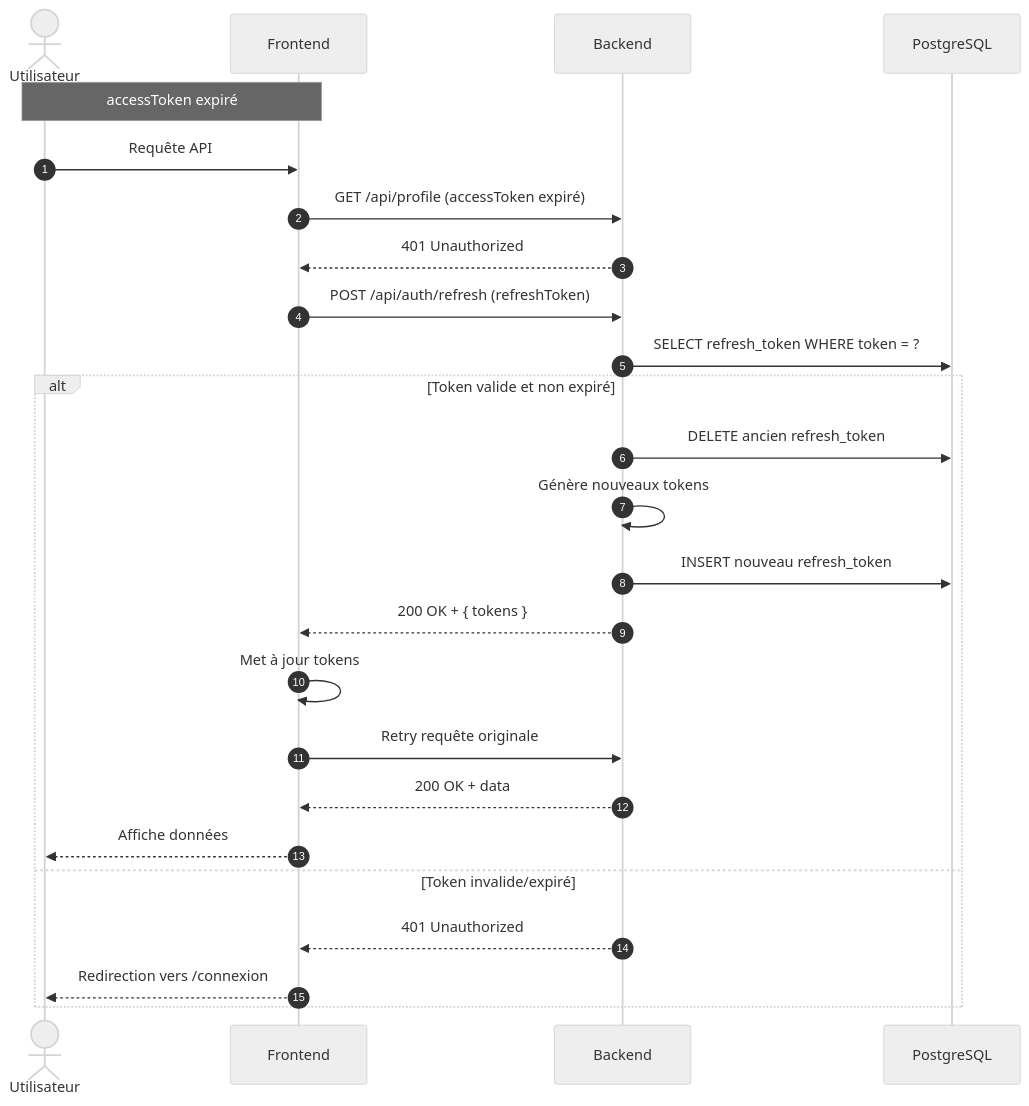
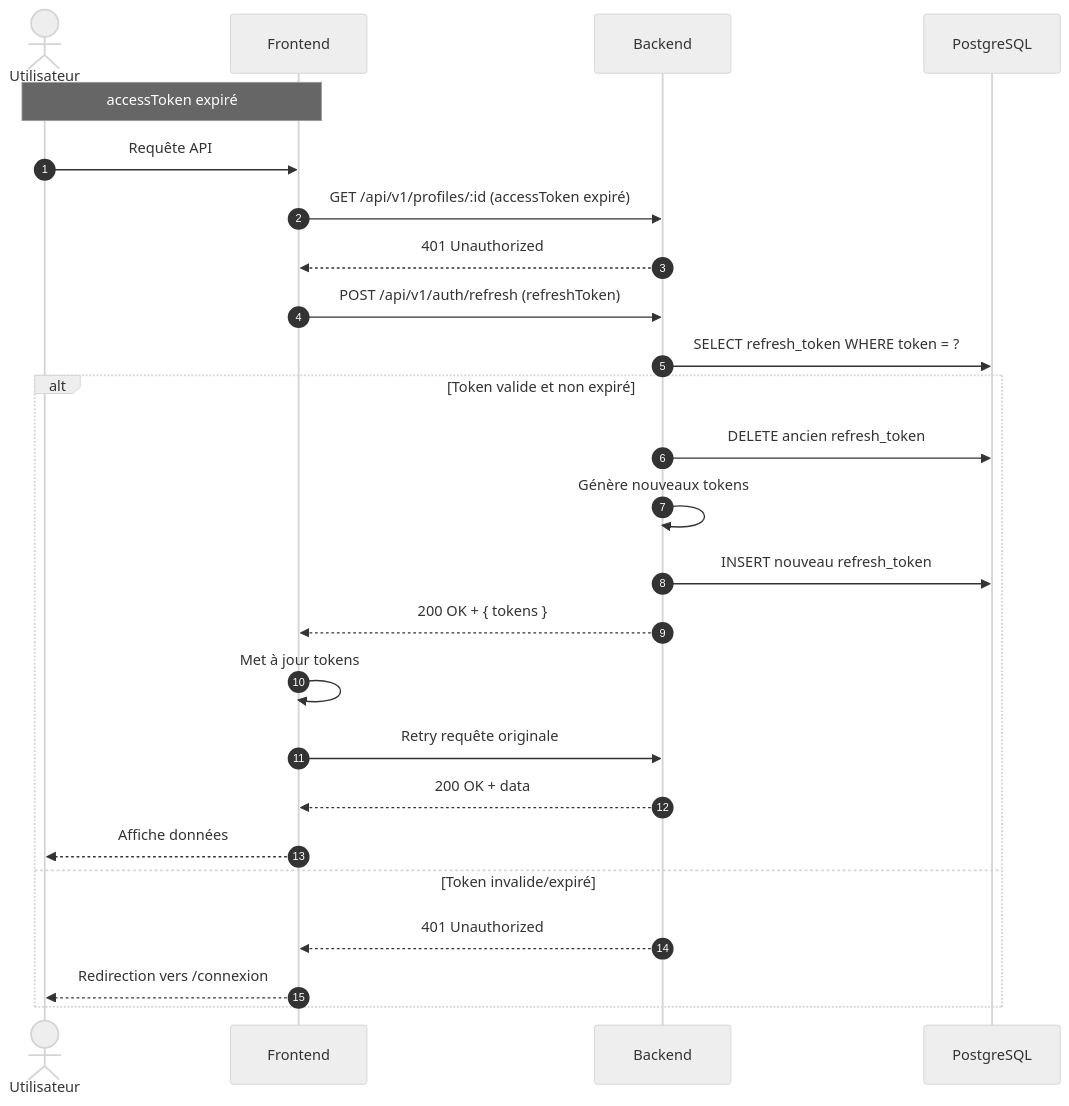
Before and after one commit to Sojeremy/documentation-skillswap: the third of 4 diagrams in docs/documentation-implementation/arc42/06-runtime/authentication.md, drawn with Mermaid (neutral theme). The commit also changed other lines of this file and 5 other files, not shown here.

First line of the commit message:
docs(arc42): aligner les Mermaid sur le préfixe /api/v1/ et le chemin /profiles (axe 3 / commit 1)

````diff
--- a/docs/documentation-implementation/arc42/06-runtime/authentication.md
+++ b/docs/documentation-implementation/arc42/06-runtime/authentication.md
@@ -86,29 +86,29 @@
 ```mermaid
 sequenceDiagram
     autonumber
     actor U as Utilisateur
     participant F as Frontend
     participant B as Backend
     participant DB as PostgreSQL
 
     Note over U,F: accessToken expiré
 
     U->>F: Requête API
-    F->>B: GET /api/profile (accessToken expiré)
+    F->>B: GET /api/v1/profiles/:id (accessToken expiré)
     B-->>F: 401 Unauthorized
-    F->>B: POST /api/auth/refresh (refreshToken)
+    F->>B: POST /api/v1/auth/refresh (refreshToken)
     B->>DB: SELECT refresh_token WHERE token = ?
     alt Token valide et non expiré
         B->>DB: DELETE ancien refresh_token
         B->>B: Génère nouveaux tokens
         B->>DB: INSERT nouveau refresh_token
         B-->>F: 200 OK + { tokens }
         F->>F: Met à jour tokens
         F->>B: Retry requête originale
         B-->>F: 200 OK + data
         F-->>U: Affiche données
     else Token invalide/expiré
         B-->>F: 401 Unauthorized
         F-->>U: Redirection vers /connexion
     end
 ```
````
